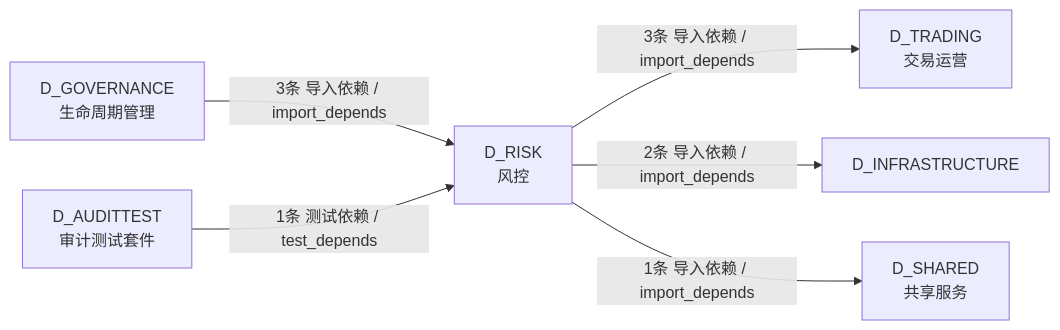
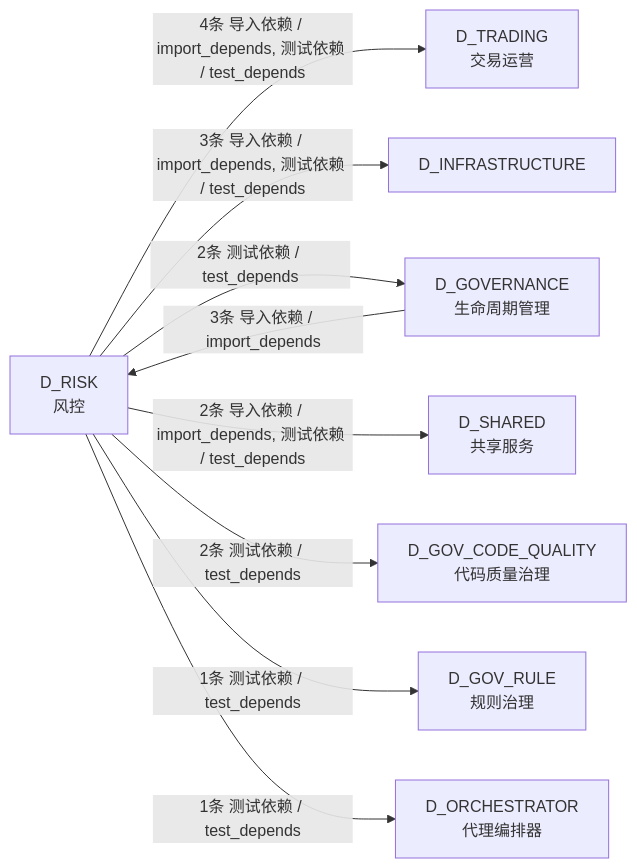
The fourth of 4 diagrams in docs/02_enterprise_architecture/02_domain_architecture_docs/52_d_risk.md (xuanFelixVan/ZephyrAlpha), drawn with Mermaid before and after one commit. The commit also changed other lines of this file and 112 other files, not shown here.

````diff
--- a/docs/02_enterprise_architecture/02_domain_architecture_docs/52_d_risk.md
+++ b/docs/02_enterprise_architecture/02_domain_architecture_docs/52_d_risk.md
@@ -259,14 +307,19 @@
 ```mermaid
 graph LR
     D_RISK["D_RISK<br/>风控"]
     D_TRADING["D_TRADING<br/>交易运营"]
     D_INFRASTRUCTURE["D_INFRASTRUCTURE"]
+    D_GOVERNANCE["D_GOVERNANCE<br/>生命周期管理"]
     D_SHARED["D_SHARED<br/>共享服务"]
-    D_GOVERNANCE["D_GOVERNANCE<br/>生命周期管理"]
-    D_AUDITTEST["D_AUDITTEST<br/>审计测试套件"]
-    D_RISK -->|3条 导入依赖 / import_depends| D_TRADING
-    D_RISK -->|2条 导入依赖 / import_depends| D_INFRASTRUCTURE
-    D_RISK -->|1条 导入依赖 / import_depends| D_SHARED
+    D_GOV_CODE_QUALITY["D_GOV_CODE_QUALITY<br/>代码质量治理"]
+    D_GOV_RULE["D_GOV_RULE<br/>规则治理"]
+    D_ORCHESTRATOR["D_ORCHESTRATOR<br/>代理编排器"]
+    D_RISK -->|4条 导入依赖 / import_depends, 测试依赖 / test_depends| D_TRADING
+    D_RISK -->|3条 导入依赖 / import_depends, 测试依赖 / test_depends| D_INFRASTRUCTURE
+    D_RISK -->|2条 测试依赖 / test_depends| D_GOVERNANCE
+    D_RISK -->|2条 导入依赖 / import_depends, 测试依赖 / test_depends| D_SHARED
+    D_RISK -->|2条 测试依赖 / test_depends| D_GOV_CODE_QUALITY
+    D_RISK -->|1条 测试依赖 / test_depends| D_GOV_RULE
+    D_RISK -->|1条 测试依赖 / test_depends| D_ORCHESTRATOR
     D_GOVERNANCE -->|3条 导入依赖 / import_depends| D_RISK
-    D_AUDITTEST -->|1条 测试依赖 / test_depends| D_RISK
 ```
````
